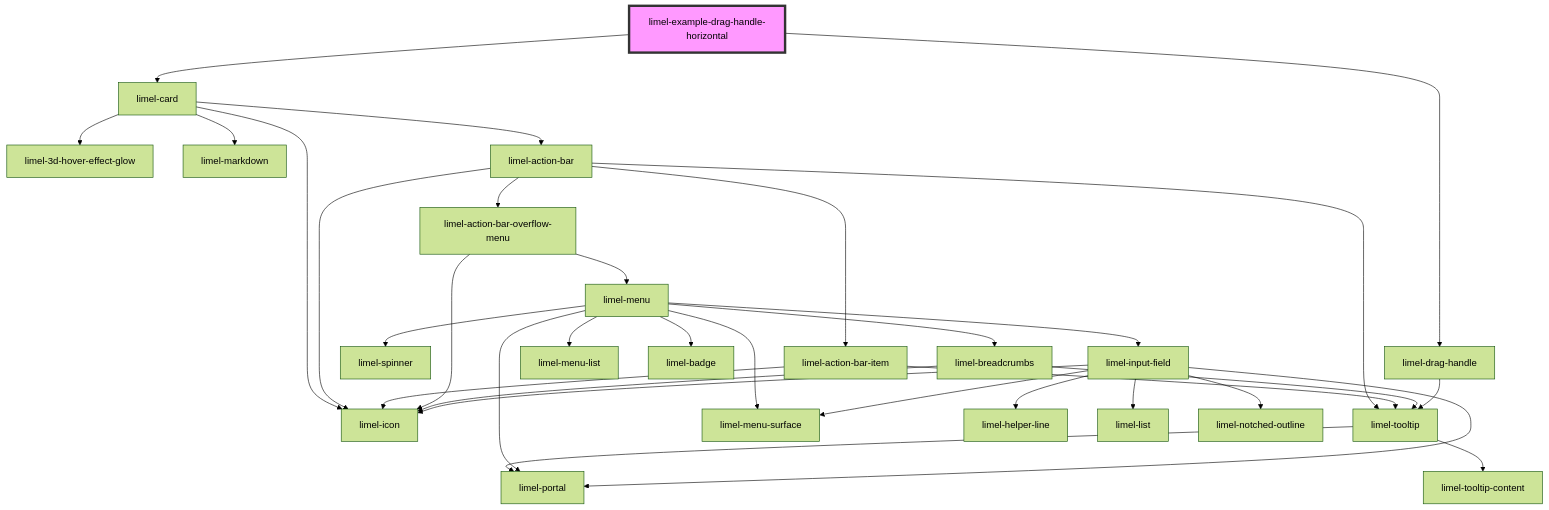
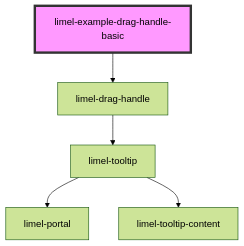
One commit to Lundalogik/lime-elements changed the diagram in versions/PR-3981/markdown-docs/components/drag-handle/examples/readme.md. Above: the diagram before and after it, drawn with Mermaid (forest theme). The commit also changed other lines of this file and 3 other files, not shown here.

````diff
--- a/versions/PR-3981/markdown-docs/components/drag-handle/examples/readme.md
+++ b/versions/PR-3981/markdown-docs/components/drag-handle/examples/readme.md
@@ -19,36 +17,8 @@
 ```mermaid
 graph TD;
-  limel-example-drag-handle-horizontal --> limel-card
-  limel-example-drag-handle-horizontal --> limel-drag-handle
-  limel-card --> limel-3d-hover-effect-glow
-  limel-card --> limel-icon
-  limel-card --> limel-markdown
-  limel-card --> limel-action-bar
-  limel-action-bar --> limel-action-bar-item
-  limel-action-bar --> limel-action-bar-overflow-menu
-  limel-action-bar --> limel-icon
-  limel-action-bar --> limel-tooltip
-  limel-action-bar-item --> limel-icon
-  limel-action-bar-item --> limel-tooltip
+  limel-example-drag-handle-basic --> limel-drag-handle
+  limel-drag-handle --> limel-tooltip
   limel-tooltip --> limel-portal
   limel-tooltip --> limel-tooltip-content
-  limel-action-bar-overflow-menu --> limel-icon
-  limel-action-bar-overflow-menu --> limel-menu
-  limel-menu --> limel-spinner
-  limel-menu --> limel-breadcrumbs
-  limel-menu --> limel-input-field
-  limel-menu --> limel-menu-list
-  limel-menu --> limel-badge
-  limel-menu --> limel-portal
-  limel-menu --> limel-menu-surface
-  limel-breadcrumbs --> limel-icon
-  limel-breadcrumbs --> limel-tooltip
-  limel-input-field --> limel-helper-line
-  limel-input-field --> limel-icon
-  limel-input-field --> limel-portal
-  limel-input-field --> limel-menu-surface
-  limel-input-field --> limel-list
-  limel-input-field --> limel-notched-outline
-  limel-drag-handle --> limel-tooltip
-  style limel-example-drag-handle-horizontal fill:#f9f,stroke:#333,stroke-width:4px
+  style limel-example-drag-handle-basic fill:#f9f,stroke:#333,stroke-width:4px
 ```
````
